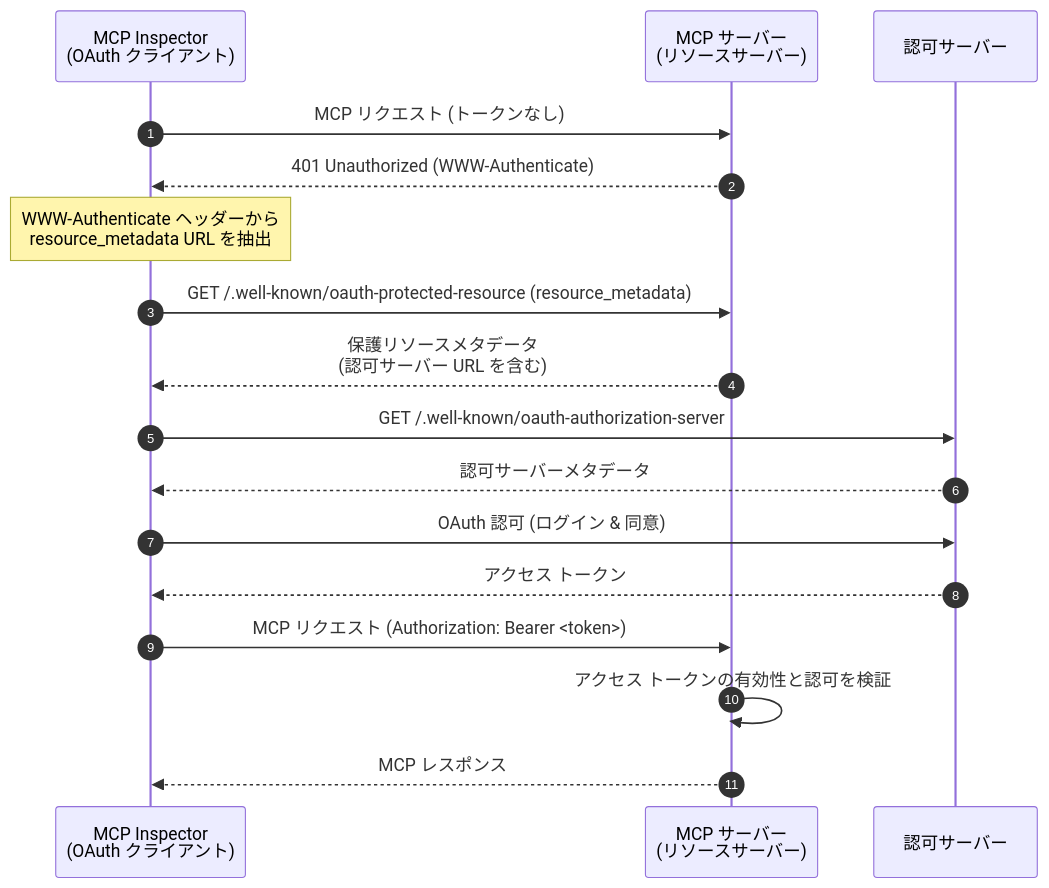
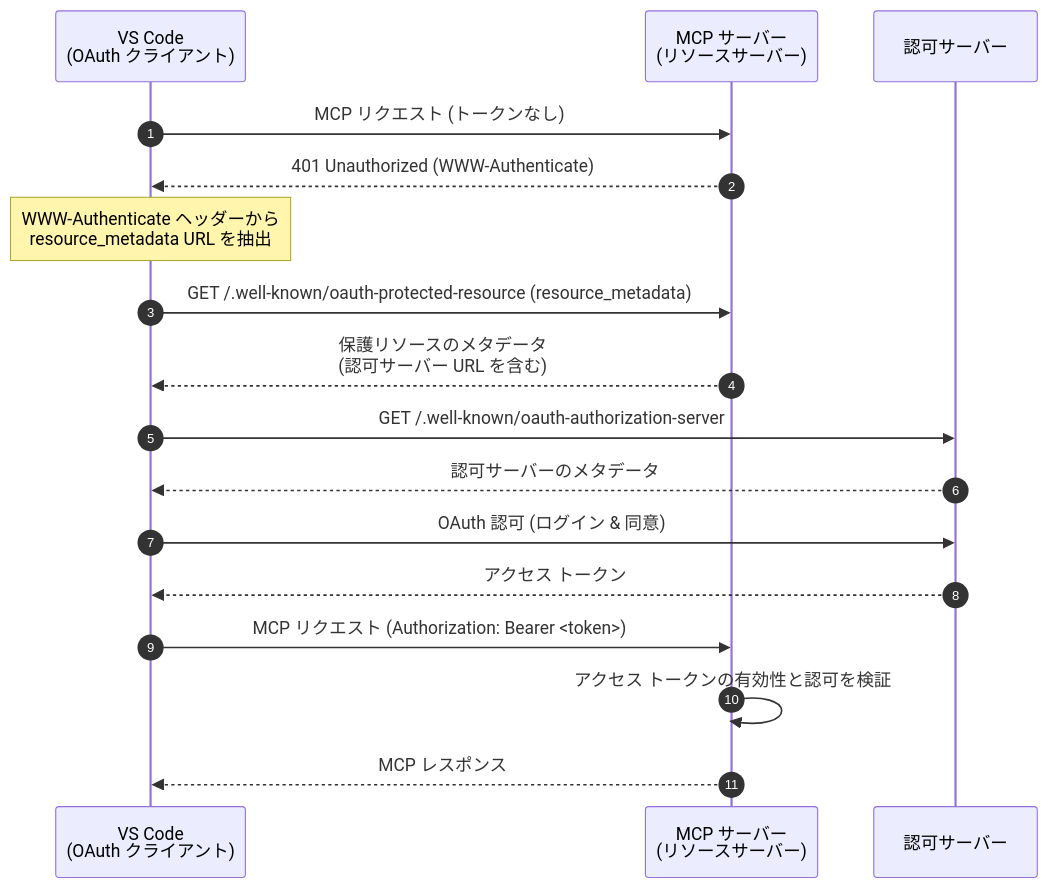
The first of 2 diagrams in i18n/ja/docusaurus-plugin-content-docs/current/tutorials/todo-manager/README.mdx (mcp-auth/docs), drawn with Mermaid before and after one commit. The commit also changed other lines of this file and 18 other files, not shown here.

````diff
--- a/i18n/ja/docusaurus-plugin-content-docs/current/tutorials/todo-manager/README.mdx
+++ b/i18n/ja/docusaurus-plugin-content-docs/current/tutorials/todo-manager/README.mdx
@@ -39,23 +40,23 @@
 ```mermaid
 sequenceDiagram
   autonumber
-  participant Client as MCP Inspector<br/>(OAuth クライアント)
+  participant Client as VS Code<br/>(OAuth クライアント)
   participant RS as MCP サーバー<br/>(リソースサーバー)
   participant AS as 認可サーバー
 
   Client->>RS: MCP リクエスト (トークンなし)
   RS-->>Client: 401 Unauthorized (WWW-Authenticate)
   Note over Client: WWW-Authenticate ヘッダーから<br/>resource_metadata URL を抽出
 
   Client->>RS: GET /.well-known/oauth-protected-resource (resource_metadata)
-  RS-->>Client: 保護リソースメタデータ<br/>(認可サーバー URL を含む)
+  RS-->>Client: 保護リソースのメタデータ<br/>(認可サーバー URL を含む)
 
   Client->>AS: GET /.well-known/oauth-authorization-server
-  AS-->>Client: 認可サーバーメタデータ
+  AS-->>Client: 認可サーバーのメタデータ
   Client->>AS: OAuth 認可 (ログイン & 同意)
   AS-->>Client: アクセス トークン
 
   Client->>RS: MCP リクエスト (Authorization: Bearer <token>)
   RS->>RS: アクセス トークンの有効性と認可を検証
   RS-->>Client: MCP レスポンス
 ```
````
